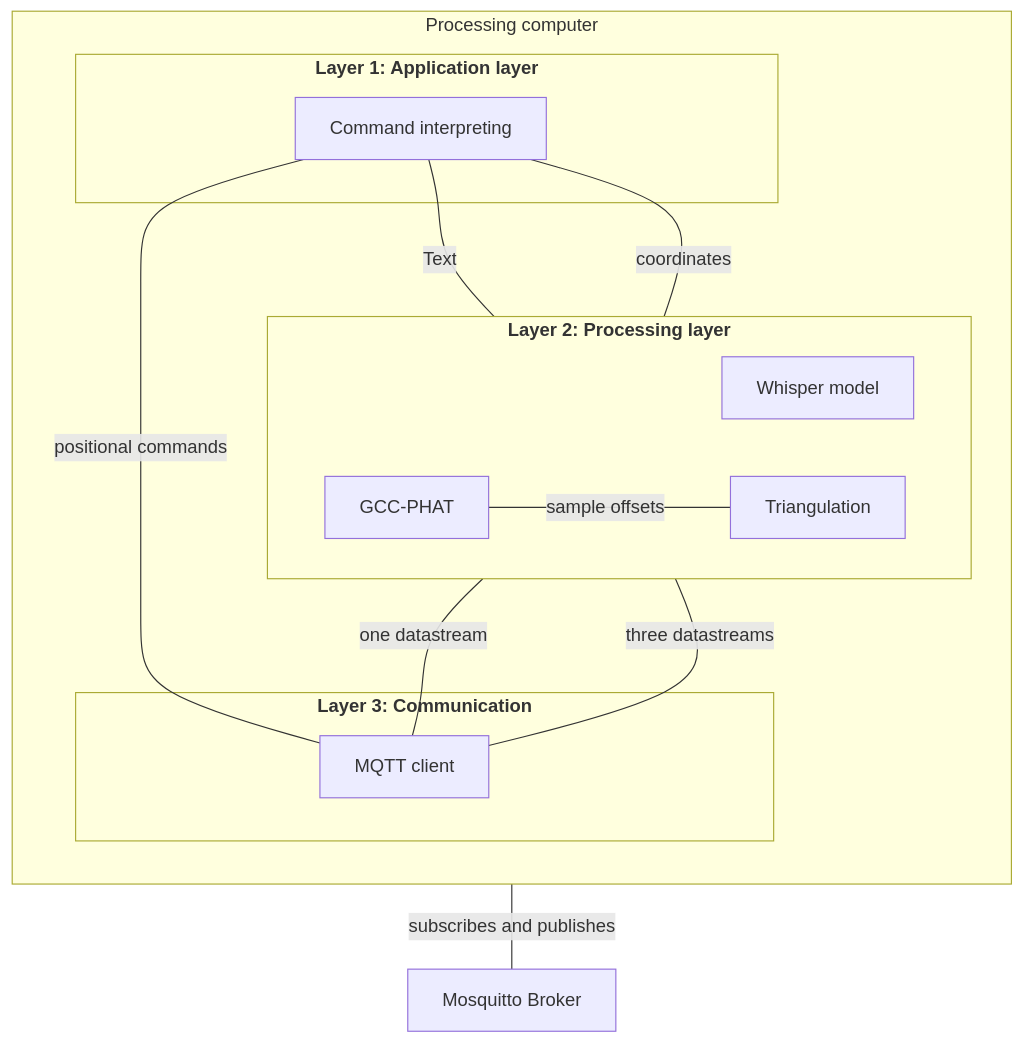
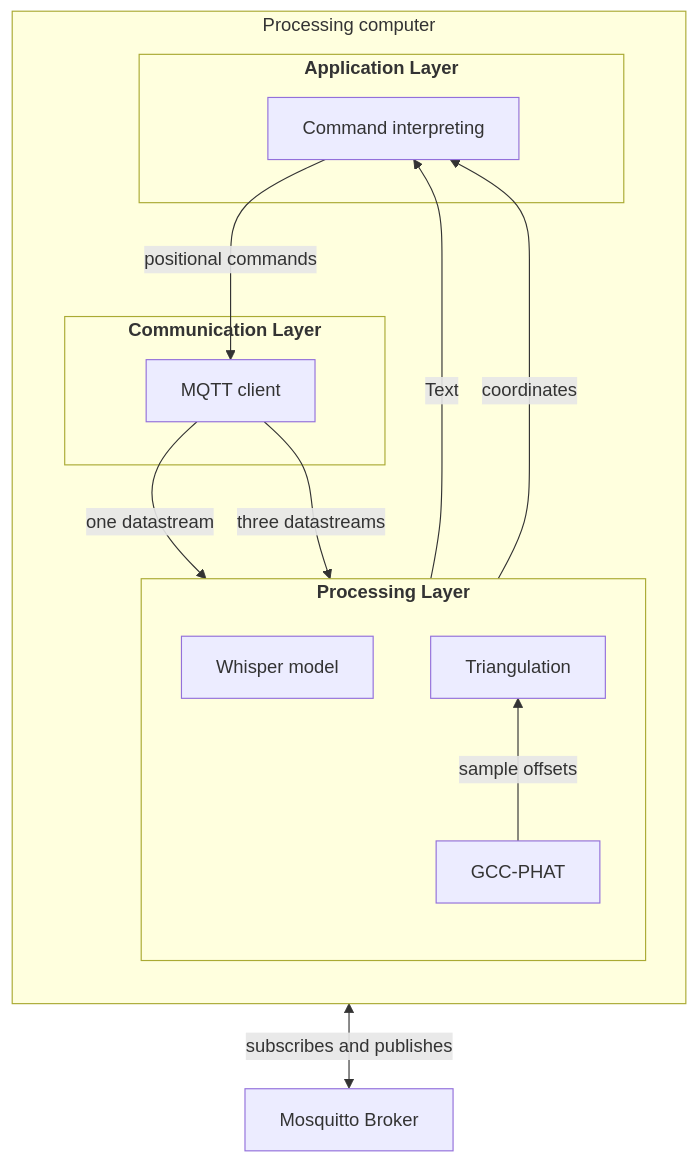
One commit to Lukas4314/3-Semester-project changed the diagram in mermaidCharts/pc.mmd. Above: the diagram before and after it, drawn with Mermaid. The commit also changed 8 other files, not shown here.

Commit message:
changed charts to have arrows, also looked at down to system setup

```diff
--- a/mermaidCharts/pc.mmd
+++ b/mermaidCharts/pc.mmd
@@ -1,29 +1,31 @@
 flowchart BT
     subgraph PC[Processing computer]
-        direction BT
-        subgraph L3[<b>Layer 3: Communication</b>]
+        direction TB
+        subgraph L3[<b>Communication Layer</b>]
             PC_MQTT[MQTT client]
         end
-        subgraph L2[<b>Layer 2: Processing layer</b>]
-            direction LR
+        subgraph L2[<b>Processing Layer</b>]
+            direction BT
             PC_Whisper[Whisper model]
             PC_SL[GCC-PHAT]
             PC_Triangulation[Triangulation]
 
         end
-        subgraph L1[<b>Layer 1: Application layer</b>]
+        subgraph L1[<b>Application Layer</b>]
             PC_App[Command interpreting]
             
         end
 
     end
 
-    MQTT_Broker[Mosquitto Broker] -- "subscribes and publishes" --- PC_MQTT
+    MQTT_Broker[Mosquitto Broker] <-- "subscribes and publishes" --> PC_MQTT
 
-    PC_MQTT -- "one datastream" --- PC_Whisper
-    PC_MQTT -- "three datastreams" --- PC_SL
-    PC_SL -- "sample offsets" --- PC_Triangulation
+    PC_MQTT -- "one datastream" --> PC_Whisper
+    PC_MQTT -- "three datastreams" --> PC_SL
+    PC_SL -- "sample offsets" --> PC_Triangulation
     
-    PC_Whisper -- "Text" --- PC_App
-    PC_Triangulation -- "coordinates" --- PC_App
-    PC_MQTT -- "positional commands" --- PC_App
+    PC_Whisper -- "Text" --> PC_App
+    
+    PC_Triangulation -- "coordinates" --> PC_App
+    
+    PC_App -- "positional commands" --> PC_MQTT
```
